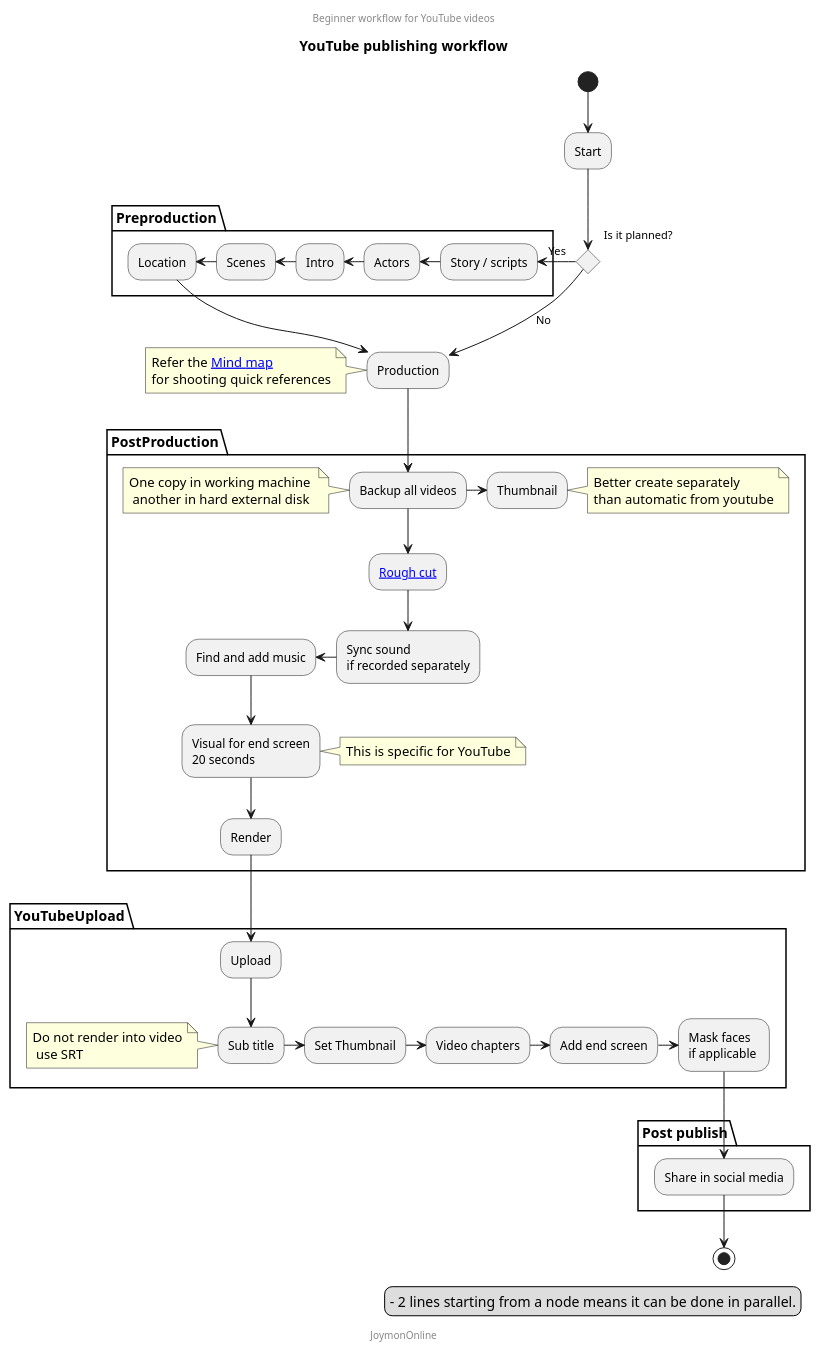
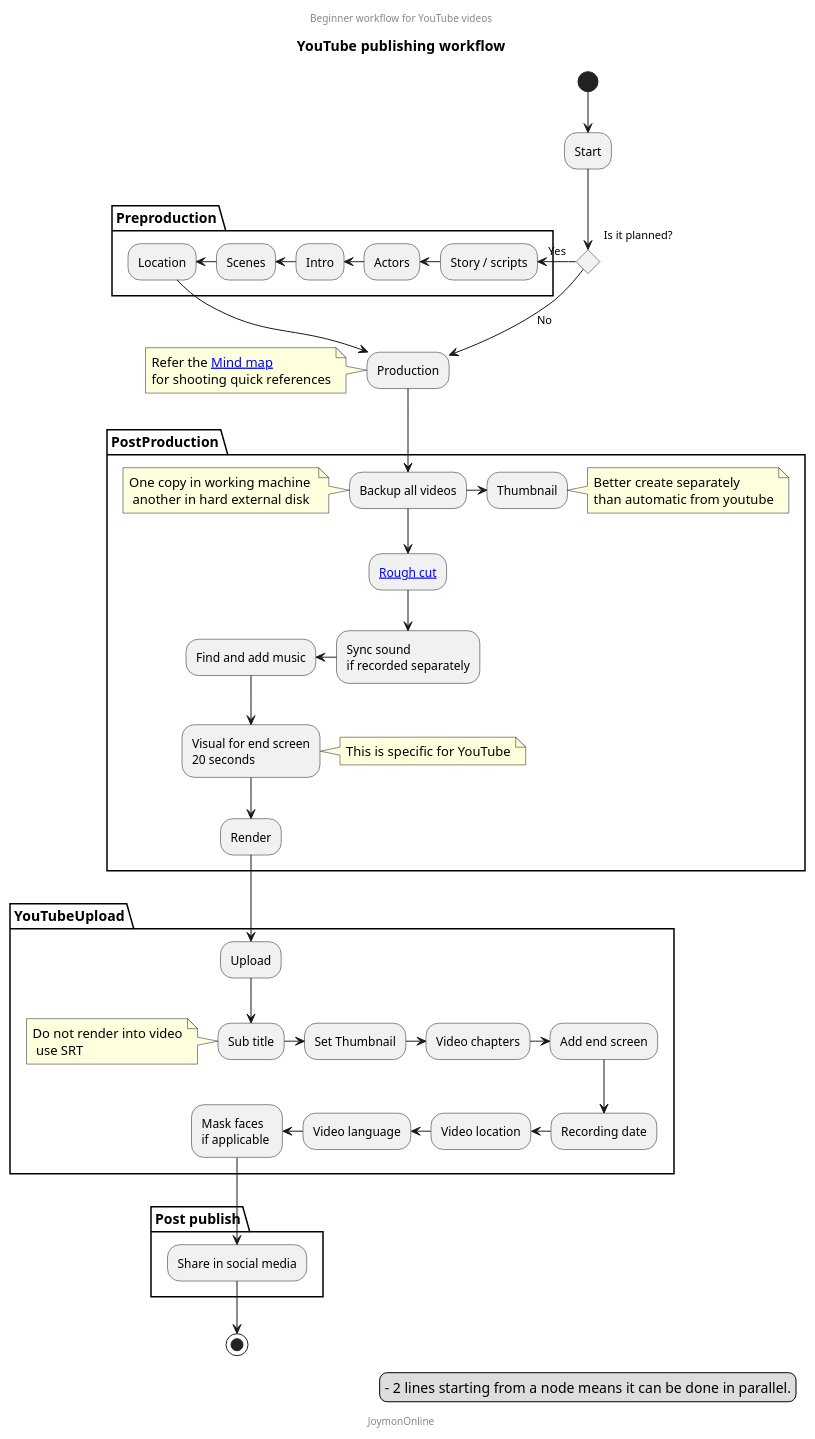
One commit to mind-maps/technology changed the diagram in media/video/beginer-youtube-workflow.puml. Above: the diagram before and after it, drawn with PlantUML.

Commit message:
Updated steps

```diff
--- a/media/video/beginer-youtube-workflow.puml
+++ b/media/video/beginer-youtube-workflow.puml
@@ -1,53 +1,56 @@
 @startuml
 Title YouTube publishing workflow
 center header
 Beginner workflow for YouTube videos
 endheader
 (*) -->"Start"
 if "Is it planned?" then
 partition "Preproduction" {
     --left> [Yes] "Story / scripts"
     --left> "Actors"
     --left> "Intro"
     --left> "Scenes"
     -left-> "Location"
 }
 --> "Production" as P
 note left:Refer the [[https://www.plantuml.com/plantuml/proxy?fmt=svg&cache=no&src=https://raw.githubusercontent.com/mind-maps/technology/master/media/video/publishing.puml Mind map]] \nfor shooting quick references
 else
 -->[No] P
 endif
 partition PostProduction {
     --> "Backup all videos" as B
     note left:One copy in working machine \n another in hard external disk
     --> "[[https://en.wikipedia.org/wiki/Rough_cut Rough cut]]" as RC
     --> "Sync sound\nif recorded separately"
     --left> "Find and add music"
     --> "Visual for end screen\n20 seconds"
     note right:This is specific for YouTube
     --> "Render" as R
     B -right-> "Thumbnail"
     note right: Better create separately \nthan automatic from youtube
 }
 partition YouTubeUpload {
 
     R --> "Upload" as U
     U --> "Sub title" as ST
     note left:Do not render into video\n use SRT
     ST--right> "Set Thumbnail" as STN
     STN --right> "Video chapters" as VC
     VC --right> "Add end screen" as ES
-    ES --right> "Mask faces \nif applicable " as MF
+    ES --> "Recording date"
+    --left> "Video location"
+    --left> "Video language"
+    --left> "Mask faces \nif applicable " as MF
 }
 partition "Post publish"{
     --> "Share in social media" as SM
 
 }
 -->(*)
 center footer JoymonOnline
 
 legend right
   - 2 lines starting from a node means it can be done in parallel.
 endlegend
 
 @enduml
```
